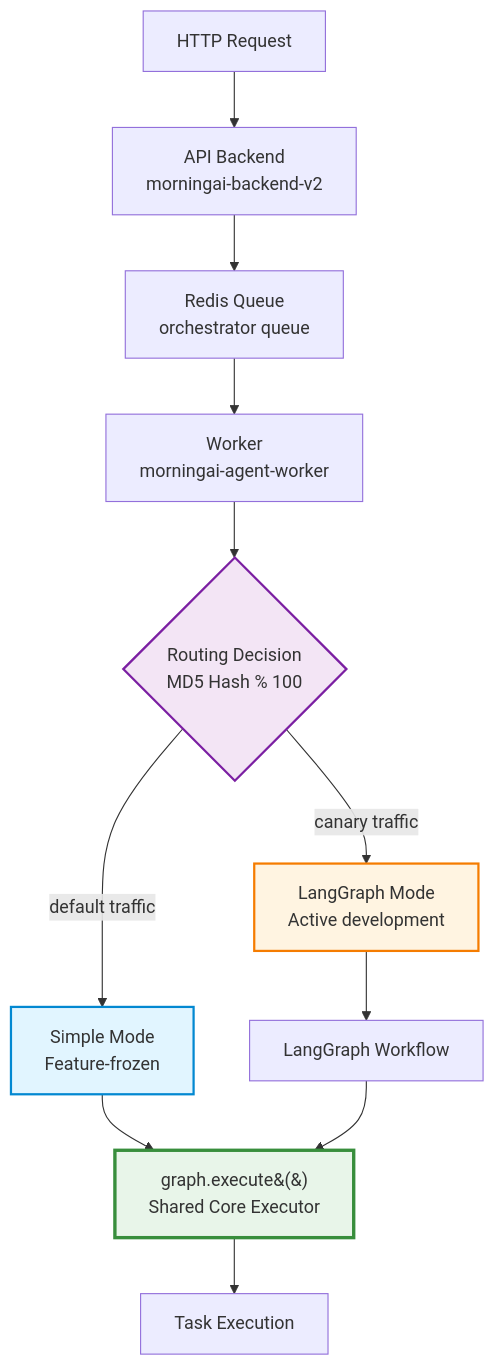
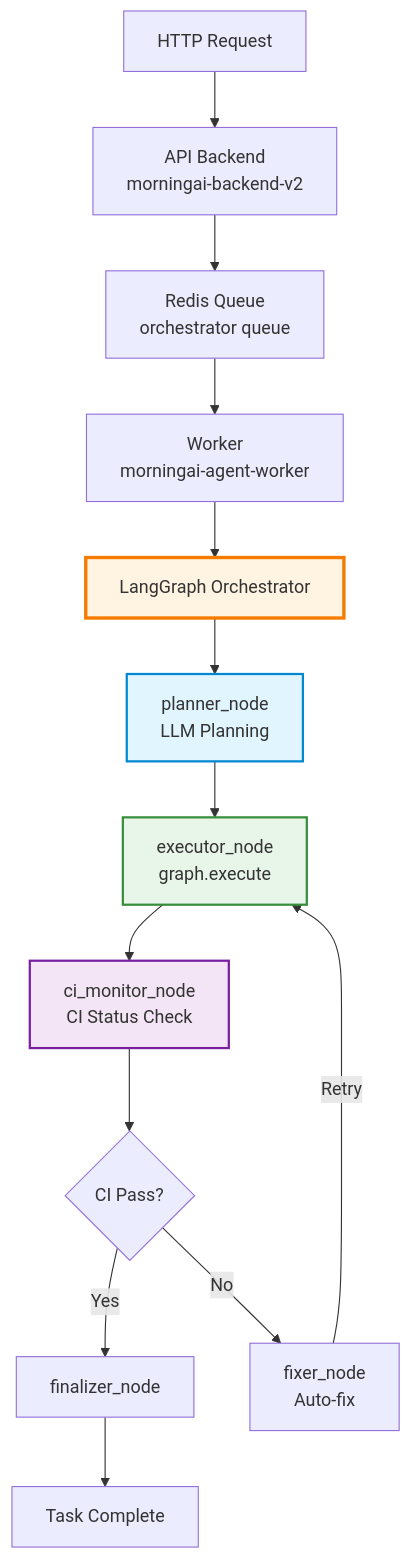
One commit to RC918/morningai changed the diagram in README.md. Above: the diagram before and after it, drawn with Mermaid. The commit also changed other lines of this file and 3 other files, not shown here.

First line of the commit message:
docs: clean up dual-mode architecture references, add Hierarchy of Truth (#2839)

````diff
--- a/README.md
+++ b/README.md
@@ -148,18 +150,20 @@
 ```mermaid
 graph TB
     A[HTTP Request] --> B[API Backend<br/>morningai-backend-v2]
     B --> C[Redis Queue<br/>orchestrator queue]
     C --> D[Worker<br/>morningai-agent-worker]
-    D --> E{Routing Decision<br/>MD5 Hash % 100}
-    E -->|"default traffic"| F[Simple Mode<br/>Feature-frozen]
-    E -->|"canary traffic"| G[LangGraph Mode<br/>Active development]
-    F --> H[graph.execute&#40;&#41;<br/>Shared Core Executor]
-    G --> I[LangGraph Workflow]
-    I --> H
-    H --> J[Task Execution]
+    D --> E[LangGraph Orchestrator]
+    E --> F[planner_node<br/>LLM Planning]
+    F --> G[executor_node<br/>graph.execute]
+    G --> H[ci_monitor_node<br/>CI Status Check]
+    H --> I{CI Pass?}
+    I -->|Yes| J[finalizer_node]
+    I -->|No| K[fixer_node<br/>Auto-fix]
+    K -->|Retry| G
+    J --> L[Task Complete]
     
+    style E fill:#fff4e1,stroke:#f57c00,stroke-width:3px
+    style G fill:#e8f5e9,stroke:#388e3c,stroke-width:2px
     style F fill:#e1f5ff,stroke:#0288d1,stroke-width:2px
-    style G fill:#fff4e1,stroke:#f57c00,stroke-width:2px
-    style H fill:#e8f5e9,stroke:#388e3c,stroke-width:3px
-    style E fill:#f3e5f5,stroke:#7b1fa2,stroke-width:2px
+    style H fill:#f3e5f5,stroke:#7b1fa2,stroke-width:2px
 ```
````
